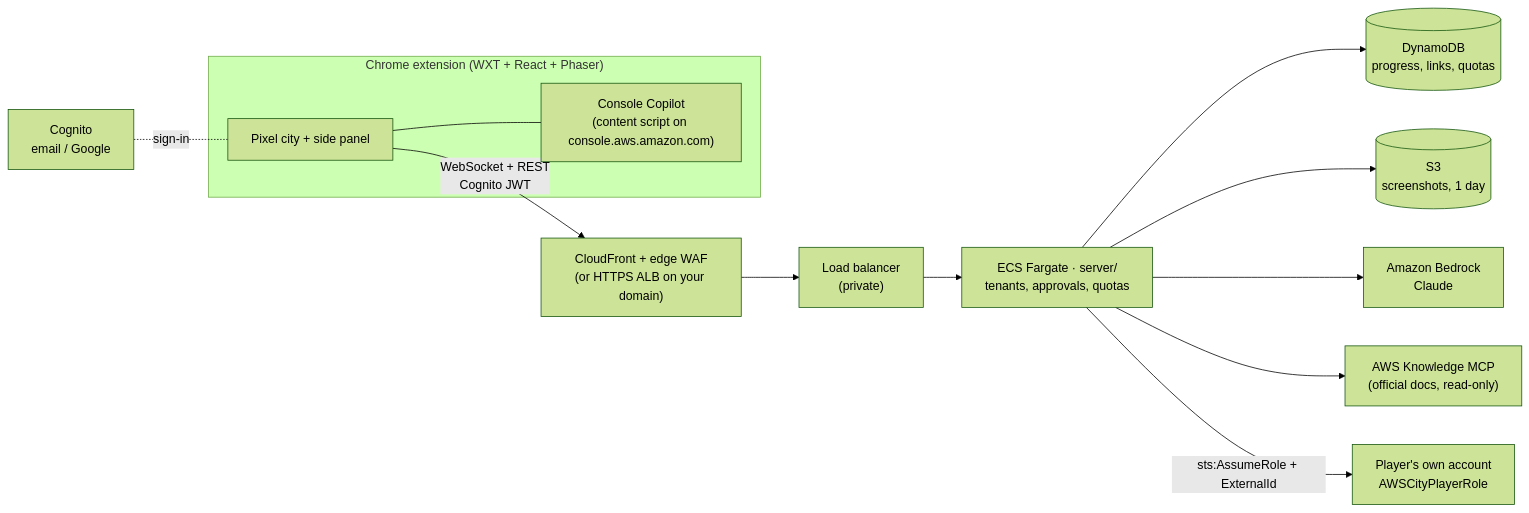
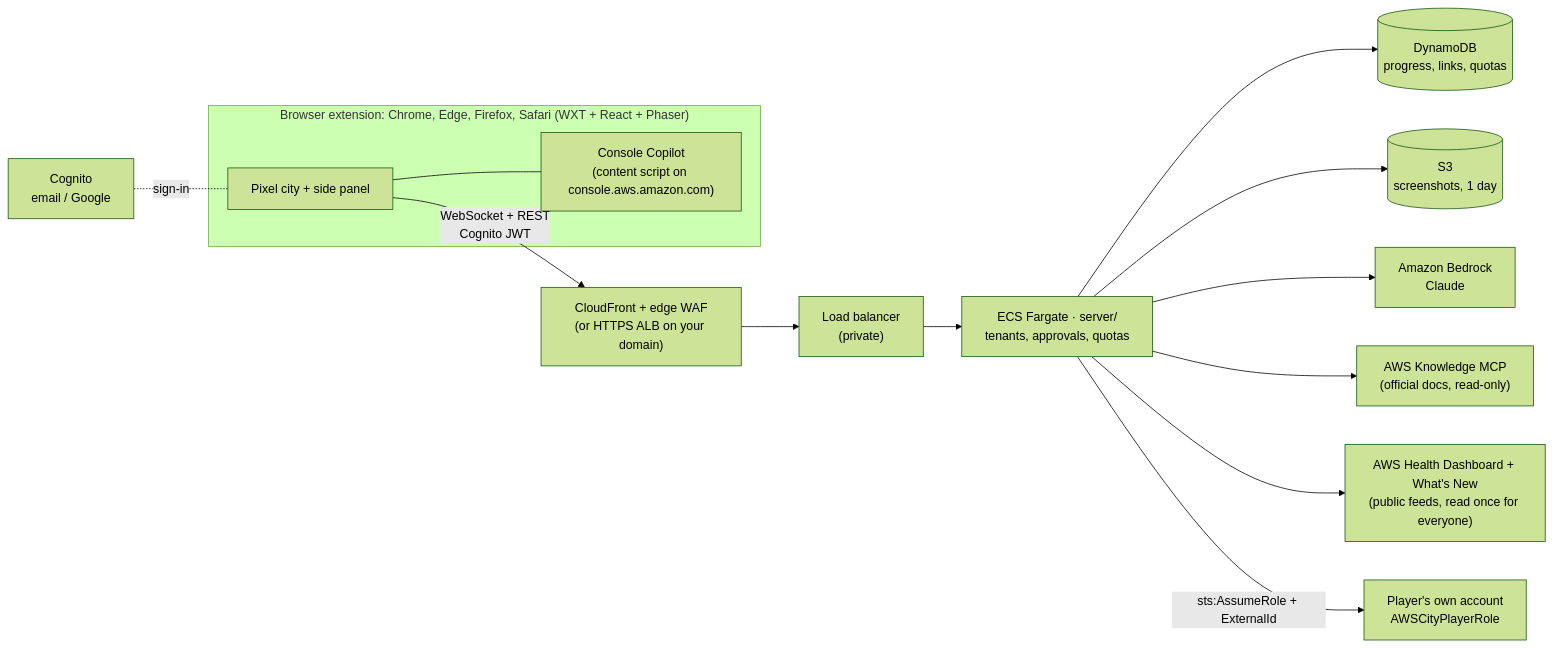
Before and after one commit to iloveclouduk/AWS-North-Hackathon: the diagram in README.md, drawn with Mermaid (forest theme). The commit also changed other lines of this file and 645 other files, not shown here.

````diff
--- a/README.md
+++ b/README.md
@@ -121,14 +197,15 @@
 ```mermaid
 flowchart LR
-  subgraph Browser["Chrome extension (WXT + React + Phaser)"]
+  subgraph Browser["Browser extension: Chrome, Edge, Firefox, Safari (WXT + React + Phaser)"]
     City["Pixel city + side panel"] --- Copilot["Console Copilot<br/>(content script on console.aws.amazon.com)"]
   end
   City -- "WebSocket + REST<br/>Cognito JWT" --> Edge["CloudFront + edge WAF<br/>(or HTTPS ALB on your domain)"]
   Edge --> ALB["Load balancer<br/>(private)"] --> ECS["ECS Fargate · server/<br/>tenants, approvals, quotas"]
   ECS --> DDB[("DynamoDB<br/>progress, links, quotas")]
   ECS --> S3[("S3<br/>screenshots, 1 day")]
   ECS --> Bedrock["Amazon Bedrock<br/>Claude"]
   ECS --> Docs["AWS Knowledge MCP<br/>(official docs, read-only)"]
+  ECS --> Health["AWS Health Dashboard + What's New<br/>(public feeds, read once for everyone)"]
   ECS -- "sts:AssumeRole + ExternalId" --> Player["Player's own account<br/>AWSCityPlayerRole"]
   Cognito["Cognito<br/>email / Google"] -. sign-in .- City
 ```
````
